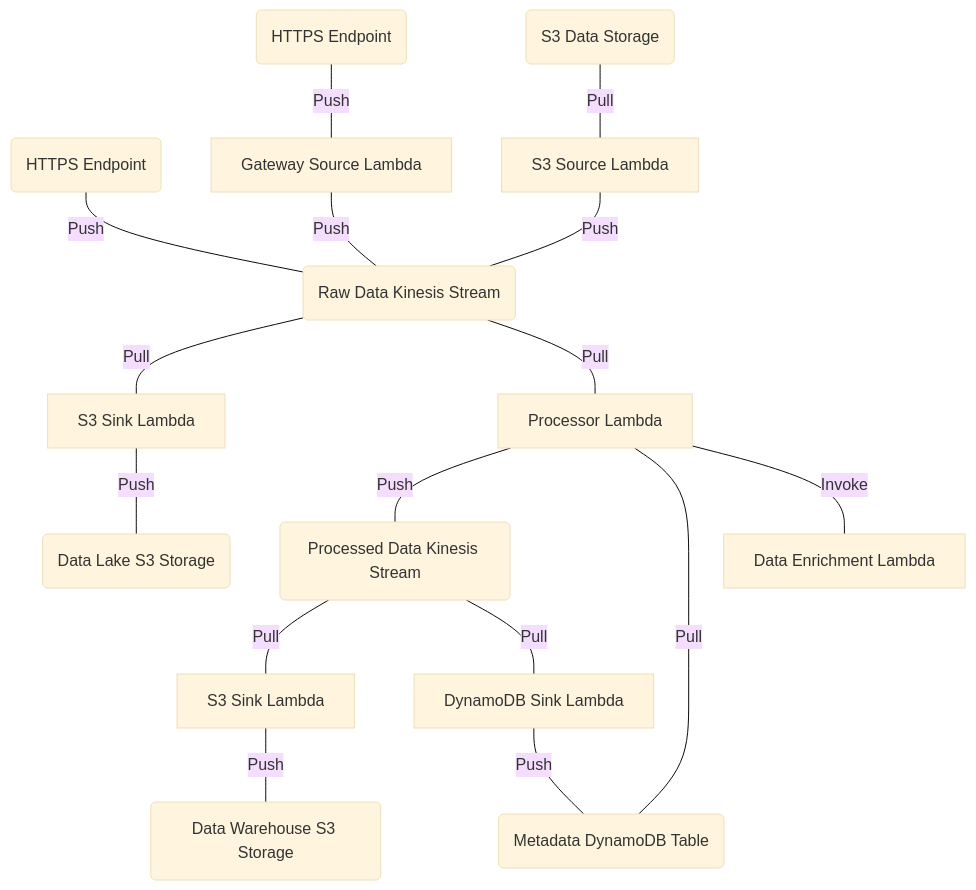
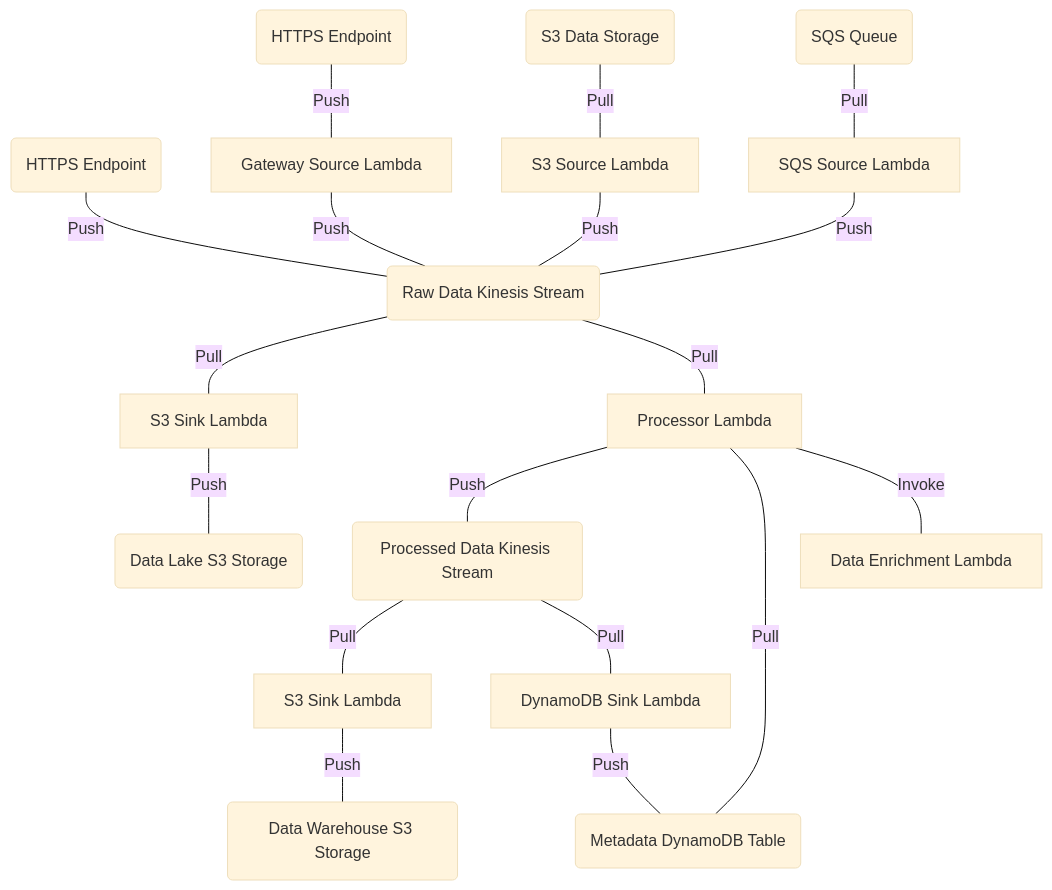
One commit to brexhq/substation changed the diagram in examples/aws/README.md. Above: the diagram before and after it, drawn with Mermaid (base theme). The commit also changed other lines of this file and 156 other files, not shown here.

````diff
--- a/examples/aws/README.md
+++ b/examples/aws/README.md
@@ -7,36 +7,39 @@
 ```mermaid
 graph TD
     %% core infrastructure
     dynamodb_table(Metadata DynamoDB Table)
     gateway_kinesis(HTTPS Endpoint)
     gateway(HTTPS Endpoint)
     kinesis_raw(Raw Data Kinesis Stream)
     kinesis_processed(Processed Data Kinesis Stream)
     s3_source_bucket(S3 Data Storage)
     s3_lake_bucket(Data Lake S3 Storage)
     s3_warehouse_bucket(Data Warehouse S3 Storage)
+    sqs_queue(SQS Queue)
 
     %% Lambda data processing
     dynamodb_lambda[DynamoDB Sink Lambda]
     gateway_lambda[Gateway Source Lambda]
     kinesis_lambda[Processor Lambda]
     enrichment_lambda[Data Enrichment Lambda]
     s3_warehouse_sink_lambda[S3 Sink Lambda]
     s3_source_lambda[S3 Source Lambda]
     s3_lake_sink_lambda[S3 Sink Lambda]
+    sqs_source_lambda[SQS Source Lambda]
 
     %% ingest
     gateway ---|Push| gateway_lambda ---|Push| kinesis_raw
     gateway_kinesis ---|Push| kinesis_raw
     s3_source_bucket ---|Pull| s3_source_lambda ---|Push| kinesis_raw
+    sqs_queue ---|Pull| sqs_source_lambda ---|Push| kinesis_raw
     kinesis_raw ---|Pull| s3_lake_sink_lambda ---|Push| s3_lake_bucket
 
     %% transform
     kinesis_raw ---|Pull| kinesis_lambda ---|Push| kinesis_processed
     kinesis_lambda ---|Pull| dynamodb_table
     kinesis_lambda ---|Invoke| enrichment_lambda
 
     %% load
     kinesis_processed ---|Pull| s3_warehouse_sink_lambda ---|Push| s3_warehouse_bucket
     kinesis_processed ---|Pull| dynamodb_lambda ---|Push| dynamodb_table
 ```
````
